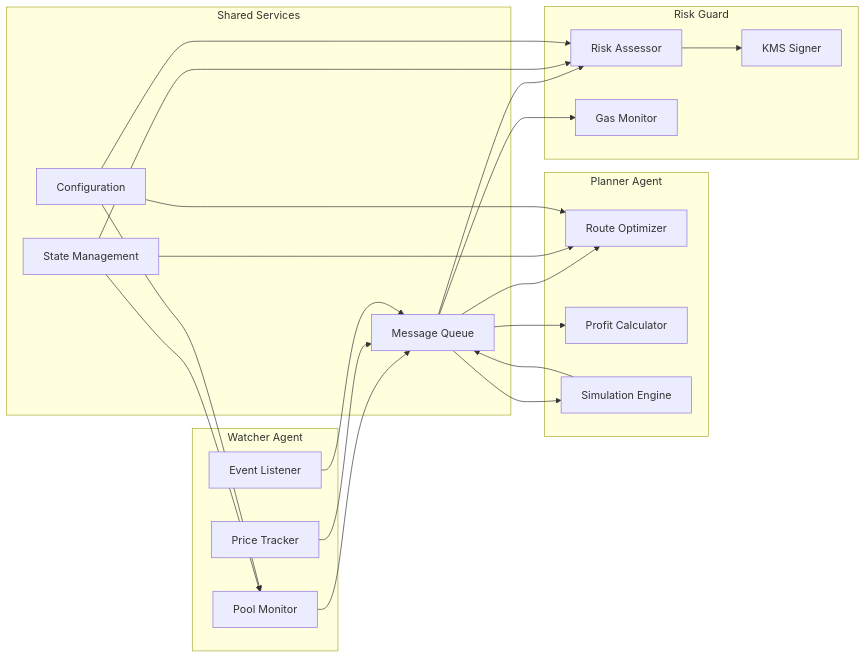
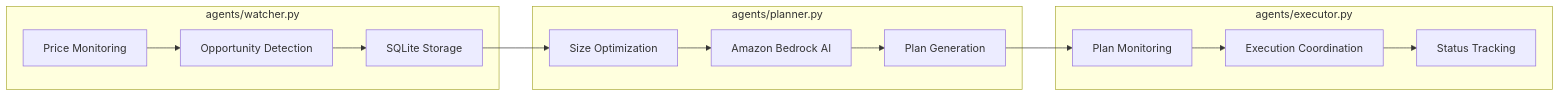
One commit to foundryUp/CrossLink-Arbiter changed the fourth of 4 diagrams in docs/ARCHITECTURE.md. Above: the diagram before and after it, drawn with Mermaid. The commit also changed other lines of this file and 24 other files, not shown here.

Commit message:
chore : add simplified flows

````diff
--- a/docs/ARCHITECTURE.md
+++ b/docs/ARCHITECTURE.md
@@ -199,44 +162,29 @@
 ```mermaid
 graph LR
-    subgraph "Watcher Agent"
-        W1[Pool Monitor]
-        W2[Price Tracker]
-        W3[Event Listener]
+    subgraph "agents/watcher.py"
+        W1[Price Monitoring]
+        W2[Opportunity Detection]
+        W3[SQLite Storage]
     end
     
-    subgraph "Planner Agent"
-        P1[Route Optimizer]
-        P2[Profit Calculator]
-        P3[Simulation Engine]
+    subgraph "agents/planner.py"
+        P1[Size Optimization]
+        P2[Amazon Bedrock AI]
+        P3[Plan Generation]
     end
     
-    subgraph "Risk Guard"
-        R1[Risk Assessor]
-        R2[Gas Monitor]
-        R3[KMS Signer]
+    subgraph "agents/executor.py"
+        E1[Plan Monitoring]
+        E2[Execution Coordination]
+        E3[Status Tracking]
     end
     
-    subgraph "Shared Services"
-        S1[Message Queue]
-        S2[State Management]
-        S3[Configuration]
-    end
-    
-    W1 --> S1
-    W2 --> S1
-    W3 --> S1
-    S1 --> P1
-    S1 --> P2
-    S1 --> P3
-    P3 --> S1
-    S1 --> R1
-    S1 --> R2
-    R1 --> R3
-    
-    S2 --> W1
-    S2 --> P1
-    S2 --> R1
-    S3 --> W1
-    S3 --> P1
-    S3 --> R1
+    W1 --> W2
+    W2 --> W3
+    W3 --> P1
+    P1 --> P2
+    P2 --> P3
+    P3 --> E1
+    E1 --> E2
+    E2 --> E3
 ```
````
